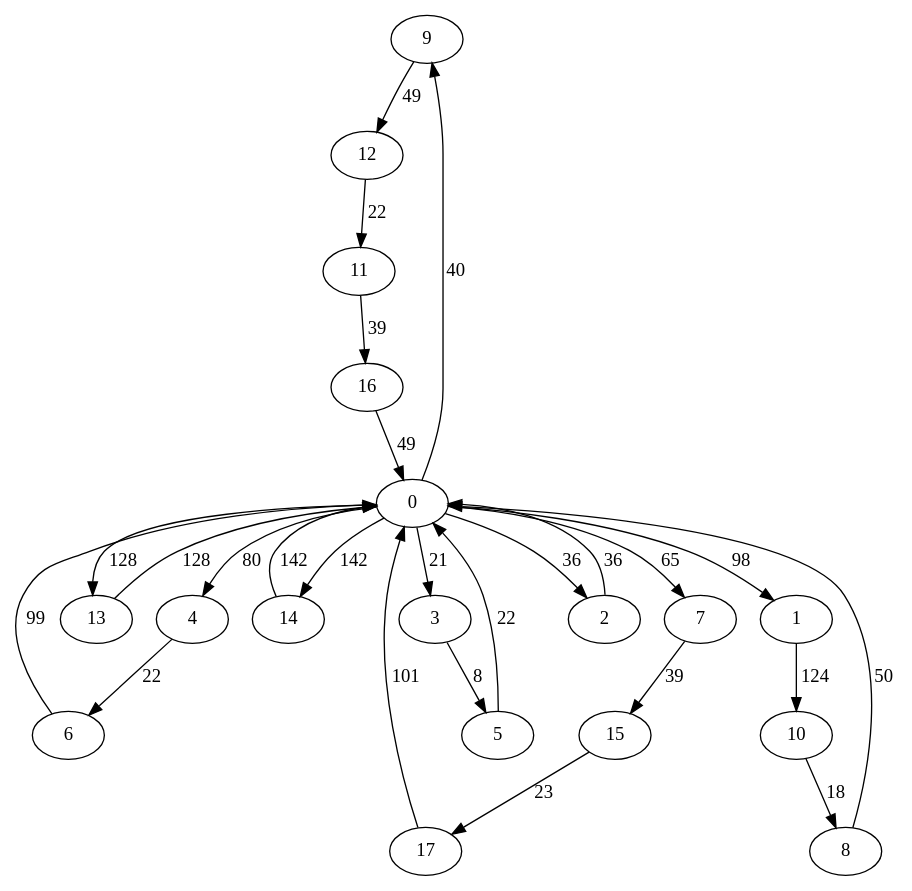
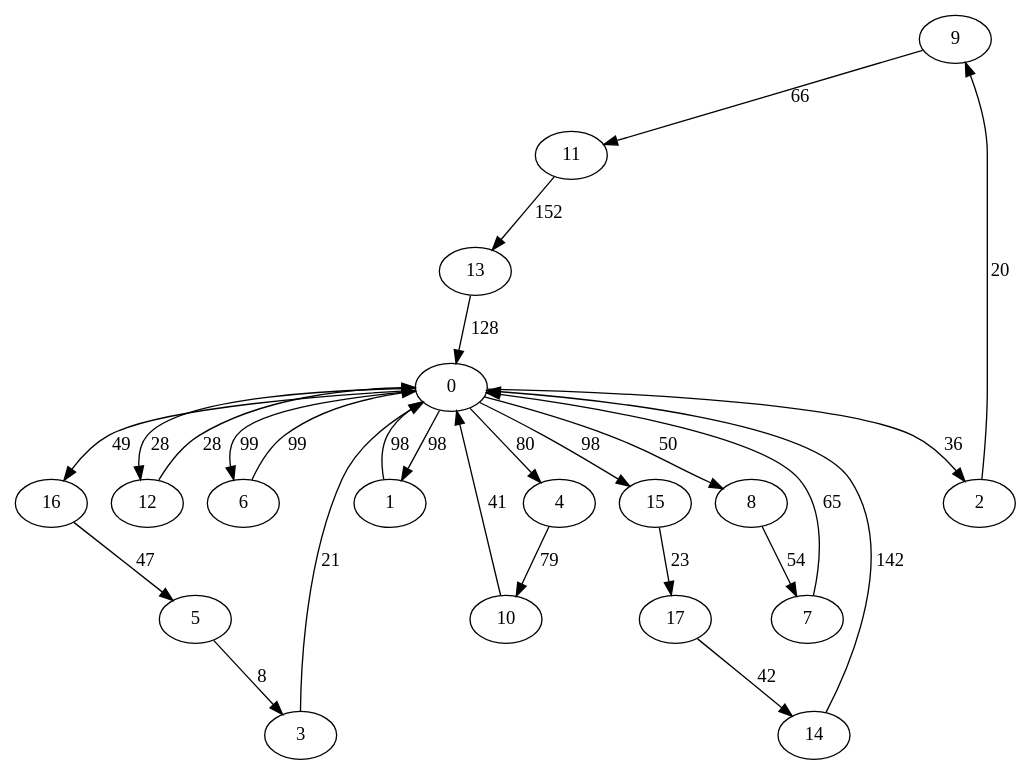
The diagram in grafos/iteration1.dot (akosej/vehicle_routing), drawn with Graphviz before and after one commit. The commit also changed 15 other files, not shown here.

```diff
--- a/grafos/iteration1.dot
+++ b/grafos/iteration1.dot
@@ -1,46 +1,46 @@
 digraph G {
-	9->12[ label=49 ];
-	12->11[ label=22 ];
-	11->16[ label=39 ];
+	9->11[ label=66 ];
+	13->0[ label=128 ];
+	8->7[ label=54 ];
+	17->14[ label=42 ];
+	14->0[ label=142 ];
+	10->0[ label=41 ];
+	16->5[ label=47 ];
+	5->3[ label=8 ];
+	12->0[ label=28 ];
 	6->0[ label=99 ];
-	13->0[ label=128 ];
-	0->9[ label=40 ];
-	0->3[ label=21 ];
-	0->13[ label=128 ];
-	0->14[ label=142 ];
-	0->7[ label=65 ];
+	0->15[ label=98 ];
+	0->16[ label=49 ];
+	0->1[ label=98 ];
+	0->8[ label=50 ];
 	0->4[ label=80 ];
-	0->1[ label=98 ];
 	0->2[ label=36 ];
-	17->0[ label=101 ];
-	3->5[ label=8 ];
+	0->12[ label=28 ];
+	0->6[ label=99 ];
 	15->17[ label=23 ];
-	4->6[ label=22 ];
-	10->8[ label=18 ];
-	8->0[ label=50 ];
-	2->0[ label=36 ];
-	16->0[ label=49 ];
-	5->0[ label=22 ];
-	7->15[ label=39 ];
-	1->10[ label=124 ];
-	14->0[ label=142 ];
+	3->0[ label=21 ];
+	1->0[ label=98 ];
+	7->0[ label=65 ];
+	4->10[ label=79 ];
+	2->9[ label=20 ];
+	11->13[ label=152 ];
 	0 [ label=0 ];
 	1 [ label=1 ];
 	10 [ label=10 ];
 	11 [ label=11 ];
 	12 [ label=12 ];
 	13 [ label=13 ];
 	14 [ label=14 ];
 	15 [ label=15 ];
 	16 [ label=16 ];
 	17 [ label=17 ];
 	2 [ label=2 ];
 	3 [ label=3 ];
 	4 [ label=4 ];
 	5 [ label=5 ];
 	6 [ label=6 ];
 	7 [ label=7 ];
 	8 [ label=8 ];
 	9 [ label=9 ];
 
 }
```
